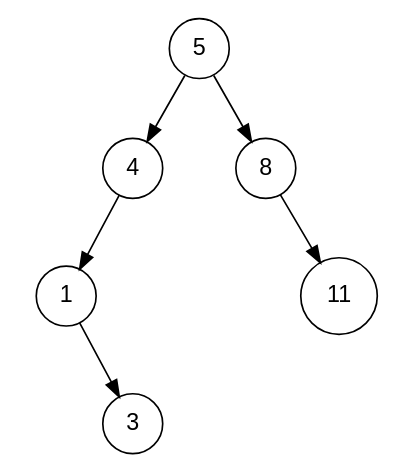
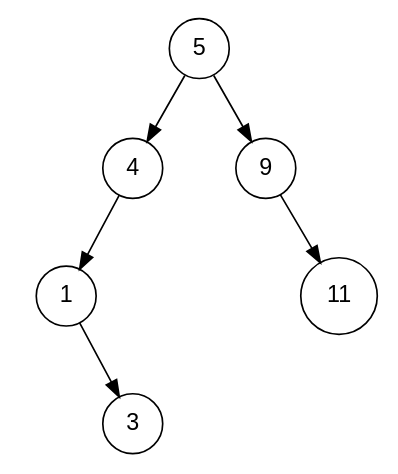
One commit to aaronbloomfield/pdr changed the diagram in slides/graphs/bst-8.dot. Above: the diagram before and after it, drawn with Graphviz. The commit also changed 18 other files, not shown here.

```diff
--- a/slides/graphs/bst-8.dot
+++ b/slides/graphs/bst-8.dot
@@ -1,32 +1,32 @@
 digraph G {
 	graph [fontname = "Helvetica"];
 	node [fontname = "Helvetica",shape=circle];
 	edge [fontname = "Helvetica"];
 
 	5 -> 4;
 	null1 [label="", width=0.1, style=invis];
 	5 -> null1 [style=invis];
-	5 -> 8;
-	{rank=same 4 -> null1 -> 8 [style=invis]};
+	5 -> 9;
+	{rank=same 4 -> null1 -> 9 [style=invis]};
 	
 	4 -> 1;
 	null2 [label="", width=0.1, style=invis];
 	4 -> null2 [style=invis];
 	null3 [label="", width=0.1, style=invis];
 	4 -> null3 [style=invis];
 	{rank=same 1 -> null2 -> null3 [style=invis]};
 	
 	null4 [label="", width=0.1, style=invis];
 	1 -> null4 [style=invis];
 	null5 [label="", width=0.1, style=invis];
 	1 -> null5 [style=invis];
 	1 -> 3;
 	{rank=same null4 -> null5 -> 3 [style=invis]};
 
 	null7 [label="", width=0.1, style=invis];
-	8 -> null7 [style=invis];
+	9 -> null7 [style=invis];
 	null6 [label="", width=0.1, style=invis];
-	8 -> null6 [style=invis];
-	8 -> 11;
+	9 -> null6 [style=invis];
+	9 -> 11;
 	{rank=same null7 -> null6 -> 11 [style=invis]};
 }
```
